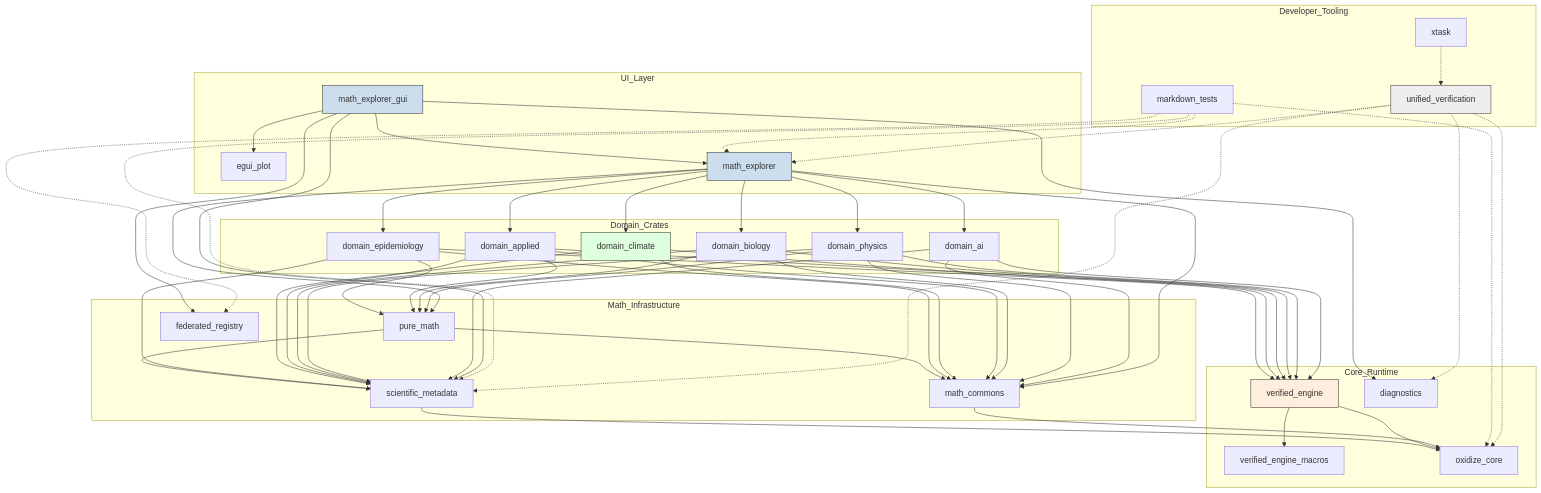
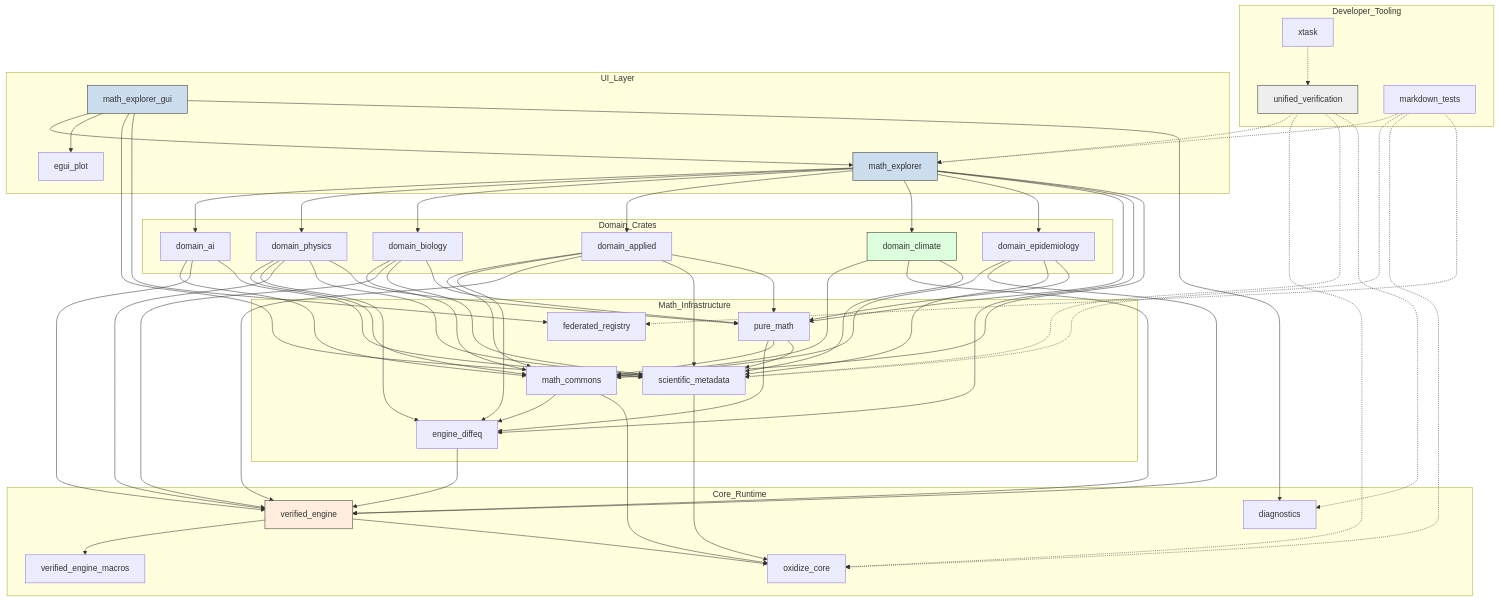
One commit to fderuiter/OxidizeMath changed the second of 2 diagrams in docs/architecture/system_overview.md. Above: the diagram before and after it, drawn with Mermaid. The commit also changed other lines of this file and 74 other files, not shown here.

Commit message:
feat(diffeq): extract #![no_std] engine_diffeq with adaptive/stiff ODEs and quadrature

````diff
--- a/docs/architecture/system_overview.md
+++ b/docs/architecture/system_overview.md
@@ -46,65 +46,67 @@
 ```mermaid
 graph TD
     subgraph Developer_Tooling
         Xtask[xtask]
         Verify[unified_verification]
         MdTests[markdown_tests]
     end
 
     subgraph UI_Layer
         GUI[math_explorer_gui]
         Plot[egui_plot]
         Explorer[math_explorer]
     end
 
     subgraph Domain_Crates
         AI[domain_ai]
         Phys[domain_physics]
         Bio[domain_biology]
         App[domain_applied]
         Clim[domain_climate]
         Epi[domain_epidemiology]
     end
 
     subgraph Math_Infrastructure
         Pure[pure_math]
+        Diffeq[engine_diffeq]
         Commons[math_commons]
         Meta[scientific_metadata]
         Registry[federated_registry]
     end
 
     subgraph Core_Runtime
         Engine[verified_engine]
         Macros[verified_engine_macros]
         CoreCrate[oxidize_core]
         Diag[diagnostics]
     end
 
     Xtask -.-> Verify
     Verify -.-> Explorer & CoreCrate & Meta & Diag
     MdTests -.-> Explorer & Meta & CoreCrate & Registry
 
     GUI --> Explorer
     GUI --> Plot
     GUI --> Meta & Registry & Diag
     Explorer --> AI & Phys & Bio & App & Clim & Epi
-    Explorer --> Pure & Commons
+    Explorer --> Pure & Diffeq & Commons
 
     AI --> Commons & Engine & Meta
-    Phys --> Commons & Engine & Meta & Pure
+    Phys --> Commons & Diffeq & Engine & Meta & Pure
     Bio --> Commons & Engine & Meta & Pure
-    App --> Commons & Engine & Meta & Pure
+    App --> Commons & Diffeq & Engine & Meta & Pure
     Clim --> Commons & Engine & Meta
     Epi --> Commons & Engine & Meta & Pure
 
-    Pure --> Commons & Meta
-    Commons --> CoreCrate
+    Pure --> Diffeq & Commons & Meta
+    Commons --> Diffeq & CoreCrate
+    Diffeq --> Engine
     Engine --> Macros & CoreCrate
     Meta --> CoreCrate
 
     style GUI fill:#cde,stroke:#333
     style Explorer fill:#cde,stroke:#333
     style Engine fill:#fed,stroke:#333
     style Clim fill:#dfd,stroke:#333
     style Verify fill:#eee,stroke:#333
 ```
````
